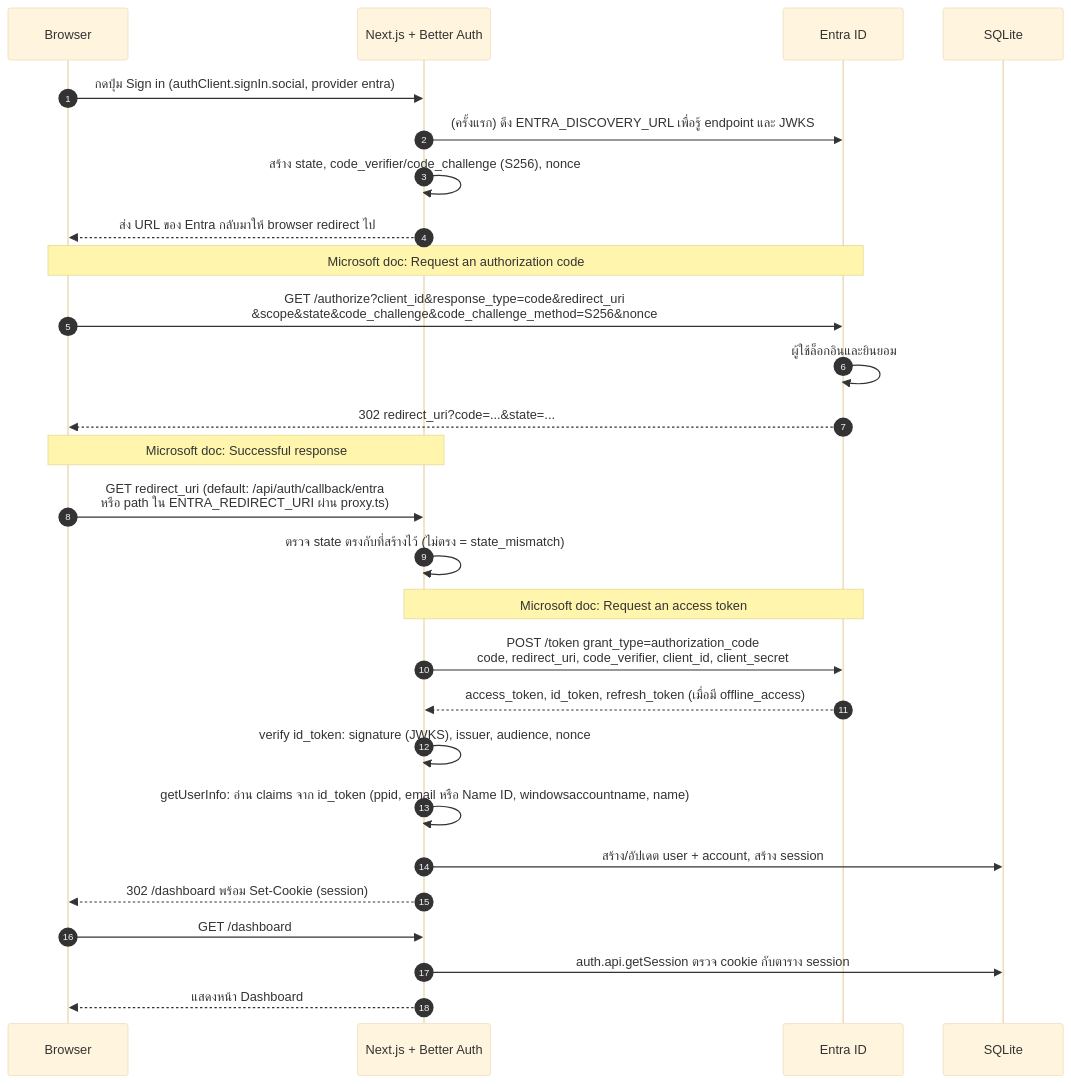
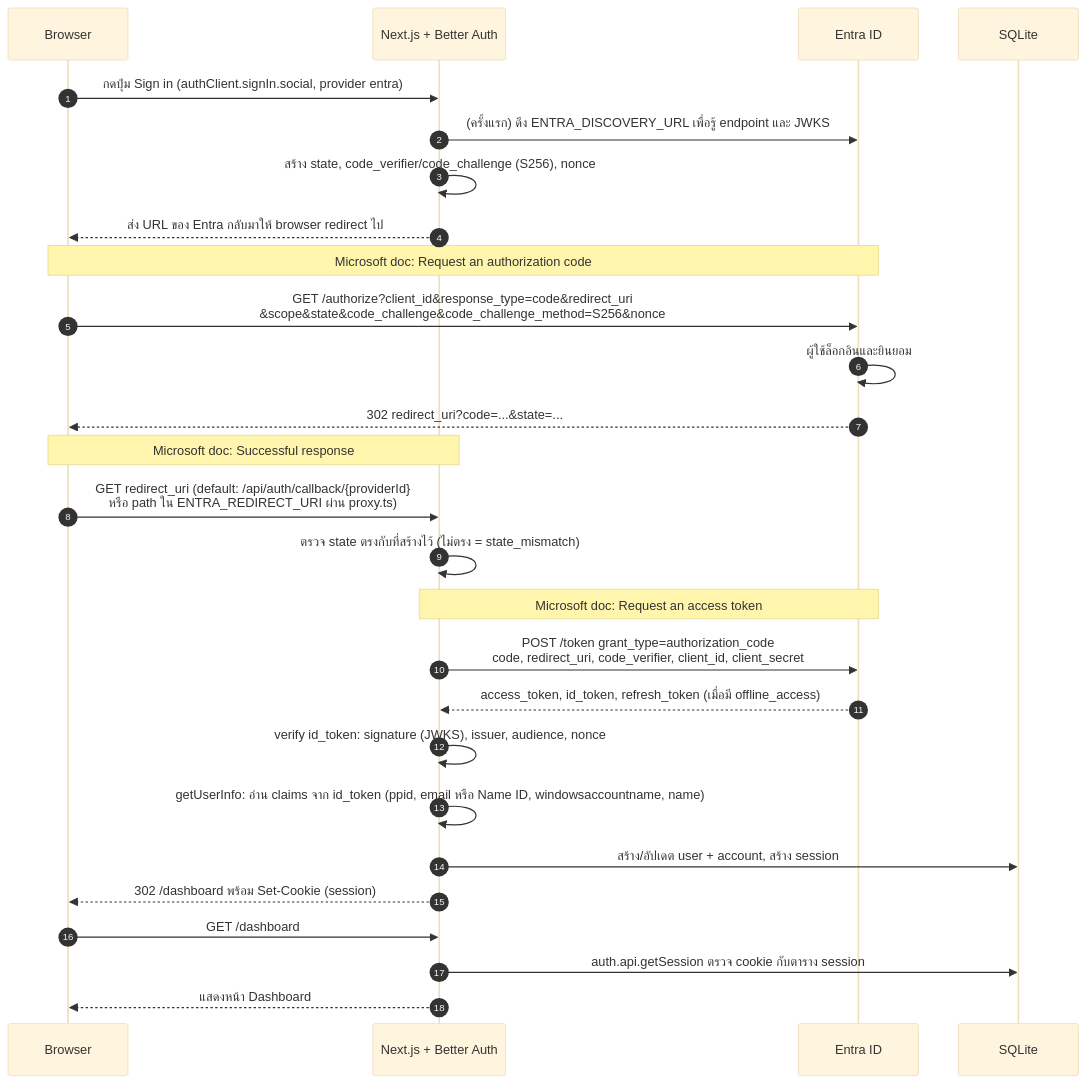
The diagram in README.md (pcbimon/NextJSBetterAuthEntraID), drawn with Mermaid (base theme) before and after one commit. The commit also changed other lines of this file, not shown here.

First line of the commit message:
Show the callback path in README as {providerId}

````diff
--- a/README.md
+++ b/README.md
@@ -80,30 +80,30 @@
 ```mermaid
 sequenceDiagram
     autonumber
     participant B as Browser
     participant A as Next.js + Better Auth
     participant E as Entra ID
     participant D as SQLite
 
     B->>A: กดปุ่ม Sign in (authClient.signIn.social, provider entra)
     A->>E: (ครั้งแรก) ดึง ENTRA_DISCOVERY_URL เพื่อรู้ endpoint และ JWKS
     A->>A: สร้าง state, code_verifier/code_challenge (S256), nonce
     A-->>B: ส่ง URL ของ Entra กลับมาให้ browser redirect ไป
     Note over B,E: Microsoft doc: Request an authorization code
     B->>E: GET /authorize?client_id&response_type=code&redirect_uri<br/>&scope&state&code_challenge&code_challenge_method=S256&nonce
     E->>E: ผู้ใช้ล็อกอินและยินยอม
     E-->>B: 302 redirect_uri?code=...&state=...
     Note over B,A: Microsoft doc: Successful response
-    B->>A: GET redirect_uri (default: /api/auth/callback/entra<br/>หรือ path ใน ENTRA_REDIRECT_URI ผ่าน proxy.ts)
+    B->>A: GET redirect_uri (default: /api/auth/callback/{providerId}<br/>หรือ path ใน ENTRA_REDIRECT_URI ผ่าน proxy.ts)
     A->>A: ตรวจ state ตรงกับที่สร้างไว้ (ไม่ตรง = state_mismatch)
     Note over A,E: Microsoft doc: Request an access token
     A->>E: POST /token grant_type=authorization_code<br/>code, redirect_uri, code_verifier, client_id, client_secret
     E-->>A: access_token, id_token, refresh_token (เมื่อมี offline_access)
     A->>A: verify id_token: signature (JWKS), issuer, audience, nonce
     A->>A: getUserInfo: อ่าน claims จาก id_token (ppid, email หรือ Name ID, windowsaccountname, name)
     A->>D: สร้าง/อัปเดต user + account, สร้าง session
     A-->>B: 302 /dashboard พร้อม Set-Cookie (session)
     B->>A: GET /dashboard
     A->>D: auth.api.getSession ตรวจ cookie กับตาราง session
     A-->>B: แสดงหน้า Dashboard
 ```
````
